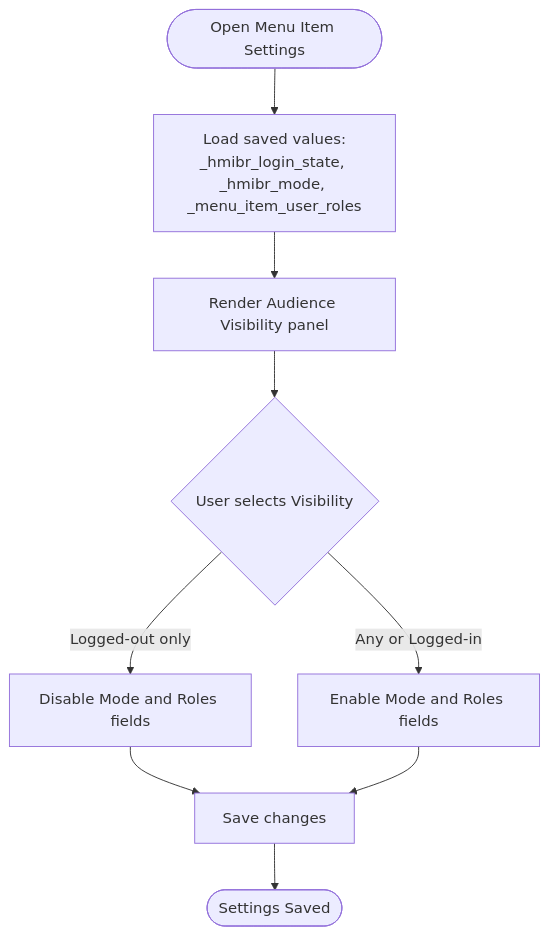
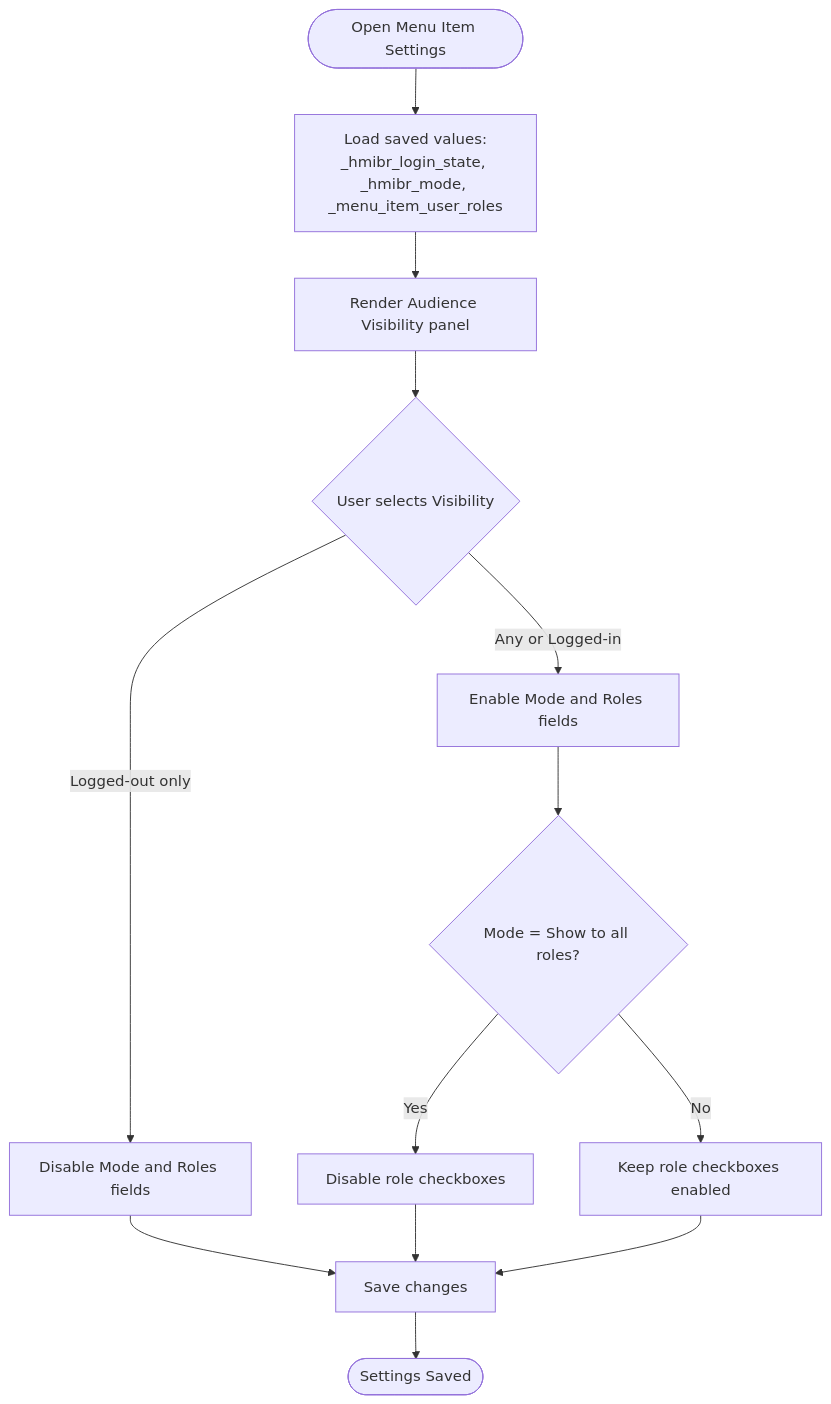
Before and after one commit to mahfuzurwp/hide-menu-items-by-role: the third of 7 diagrams in .qoder/repowiki/en/content/Features Guide/Role-Based Menu Visibility.md, drawn with Mermaid. The commit also changed other lines of this file and 20 other files, not shown here.

````diff
--- a/.qoder/repowiki/en/content/Features Guide/Role-Based Menu Visibility.md
+++ b/.qoder/repowiki/en/content/Features Guide/Role-Based Menu Visibility.md
@@ -111,11 +121,15 @@
 ```mermaid
 flowchart TD
 Start(["Open Menu Item Settings"]) --> Load["Load saved values:<br/>_hmibr_login_state, _hmibr_mode, _menu_item_user_roles"]
 Load --> RenderPanel["Render Audience Visibility panel"]
 RenderPanel --> UserChoice{"User selects Visibility"}
 UserChoice --> |Logged-out only| DisableFields["Disable Mode and Roles fields"]
 UserChoice --> |Any or Logged-in| EnableFields["Enable Mode and Roles fields"]
+EnableFields --> CheckMode{"Mode = Show to all roles?"}
+CheckMode --> |Yes| DisableRoles["Disable role checkboxes"]
+CheckMode --> |No| KeepRoles["Keep role checkboxes enabled"]
 DisableFields --> Save["Save changes"]
-EnableFields --> Save
+DisableRoles --> Save
+KeepRoles --> Save
 Save --> End(["Settings Saved"])
 ```
````
